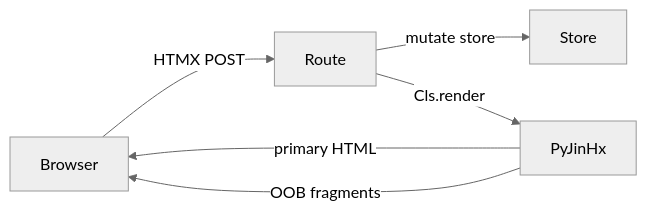
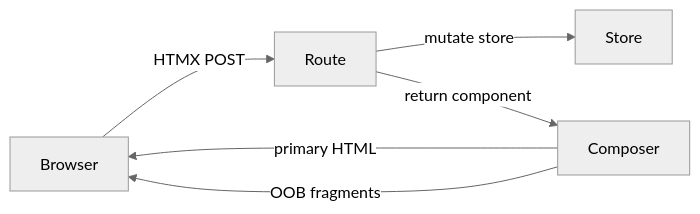
The diagram in docs/getting-started/build-an-app.md (paulomtts/pyjinhx), drawn with Mermaid (neutral theme) before and after one commit. The commit also changed other lines of this file and 27 other files, not shown here.

````diff
--- a/docs/getting-started/build-an-app.md
+++ b/docs/getting-started/build-an-app.md
@@ -24,8 +24,8 @@
 ```mermaid
 flowchart LR
     Browser -->|HTMX POST| Route
     Route -->|mutate store| Store
-    Route -->|Cls.render| PyJinHx
-    PyJinHx -->|primary HTML| Browser
-    PyJinHx -->|OOB fragments| Browser
+    Route -->|return component| Composer
+    Composer -->|primary HTML| Browser
+    Composer -->|OOB fragments| Browser
 ```
````
